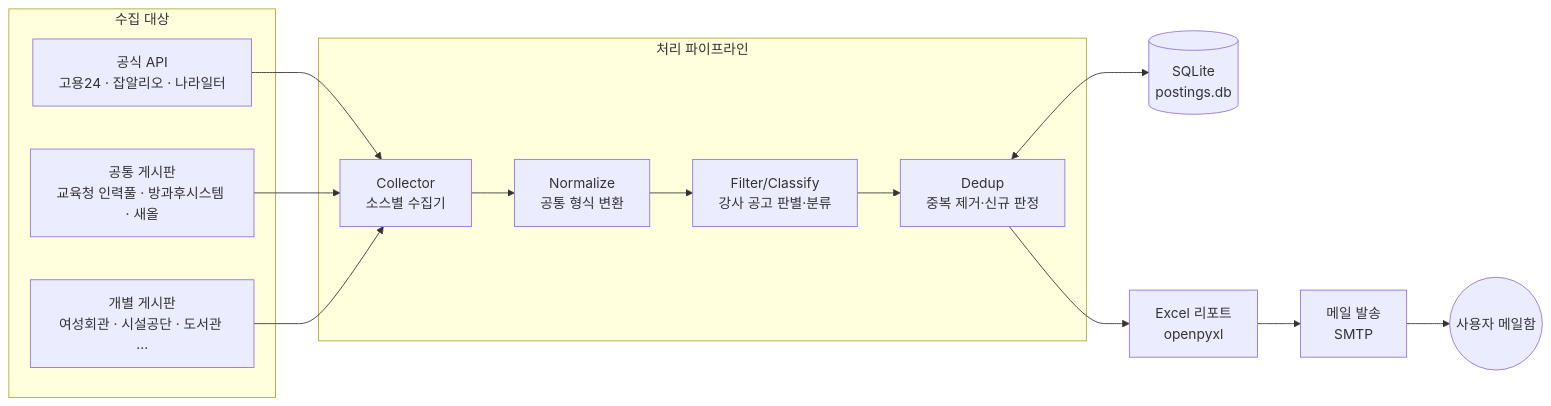
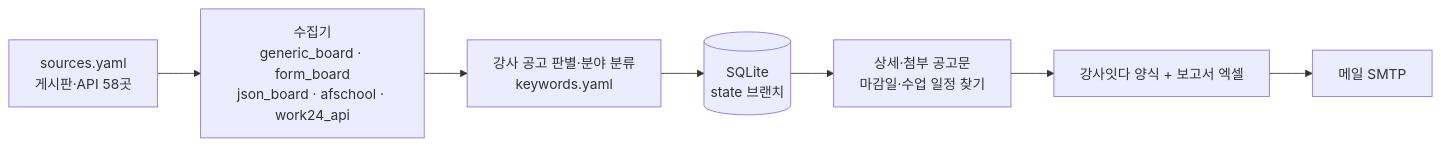
One commit to thskal17-sudo/busan-school-company changed the diagram in docs/DESIGN.md. Above: the diagram before and after it, drawn with Mermaid. The commit also changed other lines of this file and 2 other files, not shown here.

````diff
--- a/docs/DESIGN.md
+++ b/docs/DESIGN.md
@@ -34,27 +25,9 @@
 ```mermaid
 flowchart LR
-    subgraph S[수집 대상]
-        A1[공식 API<br/>고용24 · 잡알리오 · 나라일터]
-        A2[공통 게시판<br/>교육청 인력풀 · 방과후시스템 · 새올]
-        A3[개별 게시판<br/>여성회관 · 시설공단 · 도서관 ...]
-    end
-
-    subgraph P[처리 파이프라인]
-        C[Collector<br/>소스별 수집기]
-        N[Normalize<br/>공통 형식 변환]
-        F[Filter/Classify<br/>강사 공고 판별·분류]
-        D[Dedup<br/>중복 제거·신규 판정]
-    end
-
-    DB[(SQLite<br/>postings.db)]
-    X[Excel 리포트<br/>openpyxl]
-    M[메일 발송<br/>SMTP]
-    U((사용자 메일함))
-
-    A1 --> C
-    A2 --> C
-    A3 --> C
-    C --> N --> F --> D
-    D <--> DB
-    D --> X --> M --> U
+    S[sources.yaml<br/>게시판·API 58곳] --> C[수집기<br/>generic_board · form_board<br/>json_board · afschool · work24_api]
+    C --> F[강사 공고 판별·분야 분류<br/>keywords.yaml]
+    F --> D[(SQLite<br/>state 브랜치)]
+    D --> I[상세·첨부 공고문<br/>마감일·수업 일정 찾기]
+    I --> X[강사잇다 양식 + 보고서 엑셀]
+    X --> M[메일 SMTP]
 ```
````
